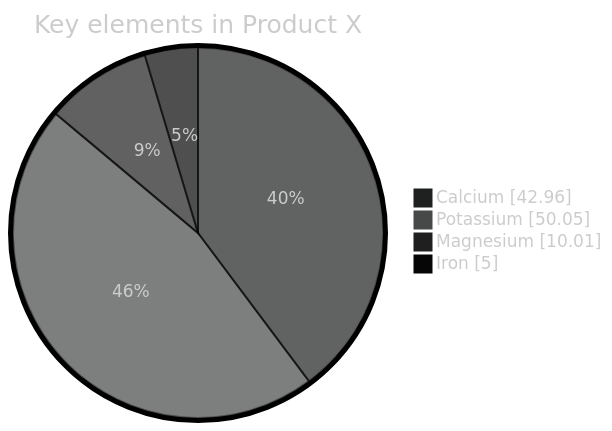
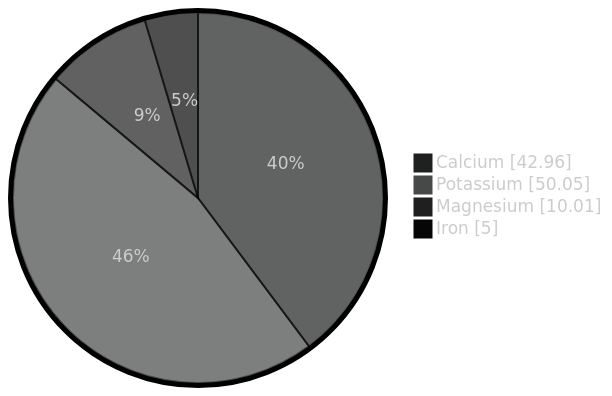
Before and after one commit to MadMaxTest-afk/hugoplate: the second of 2 diagrams in content/english/pages/elements.md, drawn with Mermaid. The commit also changed other lines of this file, not shown here.

````diff
--- a/content/english/pages/elements.md
+++ b/content/english/pages/elements.md
@@ -271,17 +258,17 @@
 ```mermaid
 ---
 config:
   pie:
     textPosition: 0.5
   themeVariables:
     pieOuterStrokeWidth: 5px
   theme: neo-dark
 ---
 pie showData
-    title Key elements in Product X
+    title 
     "Calcium" : 42.96
     "Potassium" : 50.05
     "Magnesium" : 10.01
     "Iron" :  5
     
 ```
````
